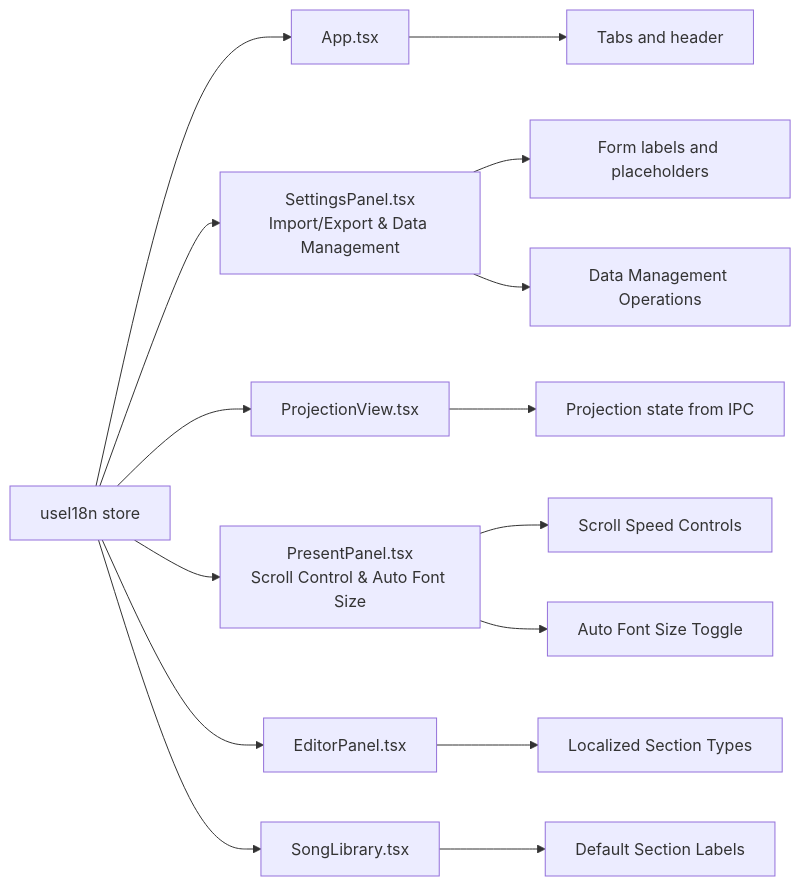
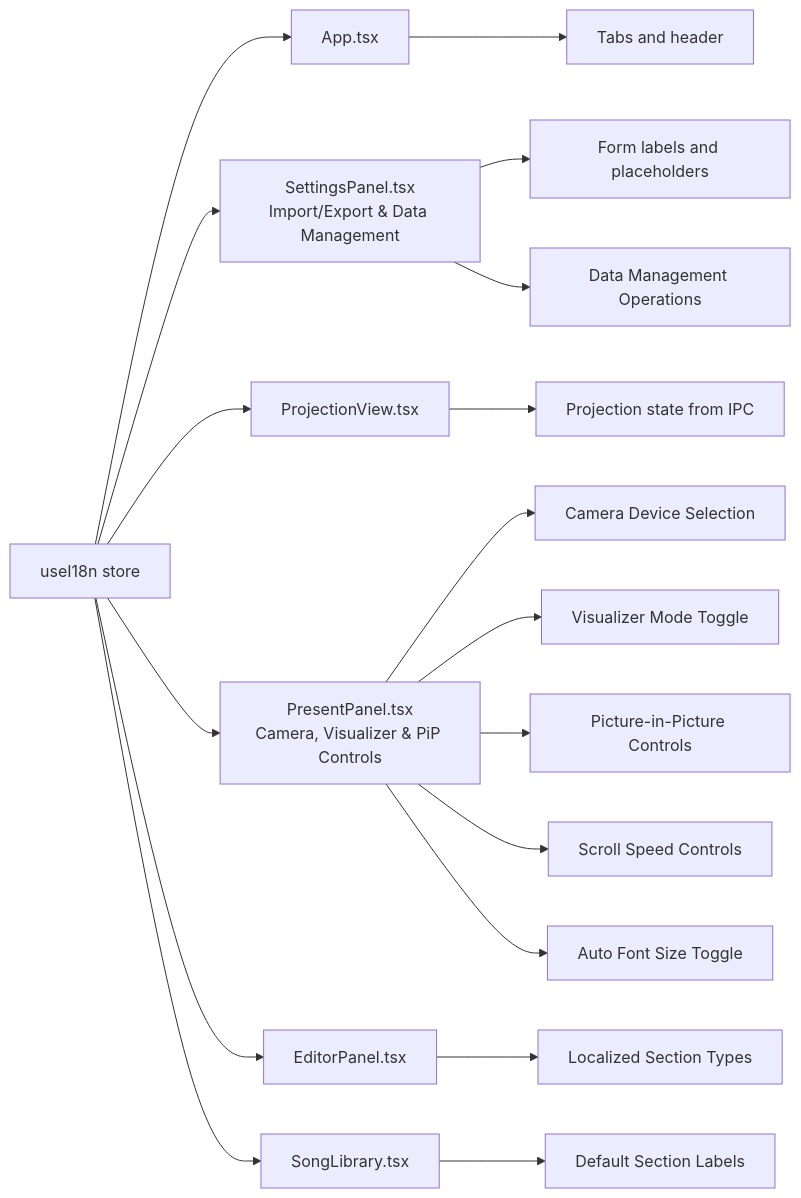
One commit to jimmywyk/lyricdeck changed the fifth of 6 diagrams in .qoder/repowiki/en/content/Internationalization.md. Above: the diagram before and after it, drawn with Mermaid. The commit also changed other lines of this file and 5 other files, not shown here.

````diff
--- a/.qoder/repowiki/en/content/Internationalization.md
+++ b/.qoder/repowiki/en/content/Internationalization.md
@@ -282,17 +295,20 @@
 ```mermaid
 graph LR
 Store["useI18n store"] --> App["App.tsx"]
 Store --> Settings["SettingsPanel.tsx<br/>Import/Export & Data Management"]
 Store --> Projection["ProjectionView.tsx"]
-Store --> Present["PresentPanel.tsx<br/>Scroll Control & Auto Font Size"]
+Store --> Present["PresentPanel.tsx<br/>Camera, Visualizer & PiP Controls"]
 Store --> Editor["EditorPanel.tsx"]
 Store --> Library["SongLibrary.tsx"]
 App --> Tabs["Tabs and header"]
 Settings --> Form["Form labels and placeholders"]
 Settings --> DataOps["Data Management Operations"]
 Projection --> State["Projection state from IPC"]
+Present --> CameraControls["Camera Device Selection"]
+Present --> VisualizerToggle["Visualizer Mode Toggle"]
+Present --> PiPControls["Picture-in-Picture Controls"]
 Present --> Controls["Scroll Speed Controls"]
 Present --> AutoFontSize["Auto Font Size Toggle"]
 Editor --> Actions["Localized Section Types"]
 Library --> DefaultLabels["Default Section Labels"]
 ```
````
